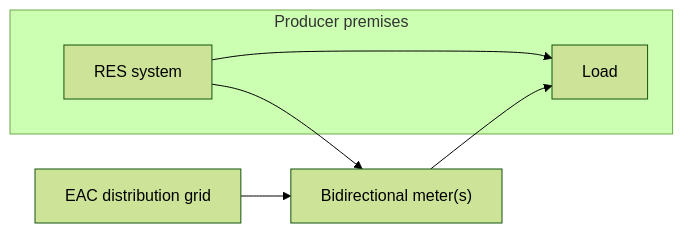
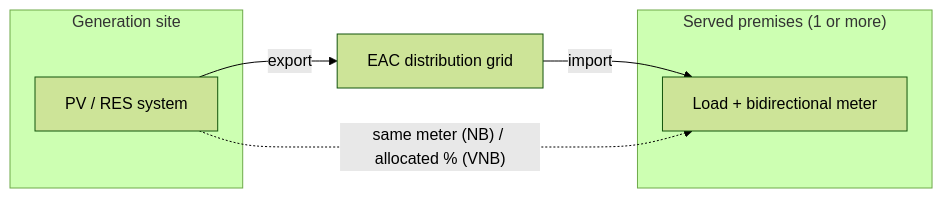
The diagram in docs/dso/net-billing-terms-2026.md (alexandersign/solarfarms-cy), drawn with Mermaid (forest theme) before and after one commit. The commit also changed other lines of this file and 299 other files, not shown here.

````diff
--- a/docs/dso/net-billing-terms-2026.md
+++ b/docs/dso/net-billing-terms-2026.md
@@ -26,13 +44,13 @@
 ```mermaid
 flowchart LR
-  subgraph premises["Producer premises"]
-    RES["RES system"]
-    Load["Load"]
+  subgraph site["Generation site"]
+    RES["PV / RES system"]
+  end
+  subgraph served["Served premises (1 or more)"]
+    Load["Load + bidirectional meter"]
   end
   Grid["EAC distribution grid"]
-  Meter["Bidirectional meter(s)"]
-  RES --> Load
-  RES --> Meter
-  Grid --> Meter
-  Meter --> Load
+  RES -->|"export"| Grid
+  Grid -->|"import"| Load
+  RES -. "same meter (NB) / allocated % (VNB)" .-> Load
 ```
````
